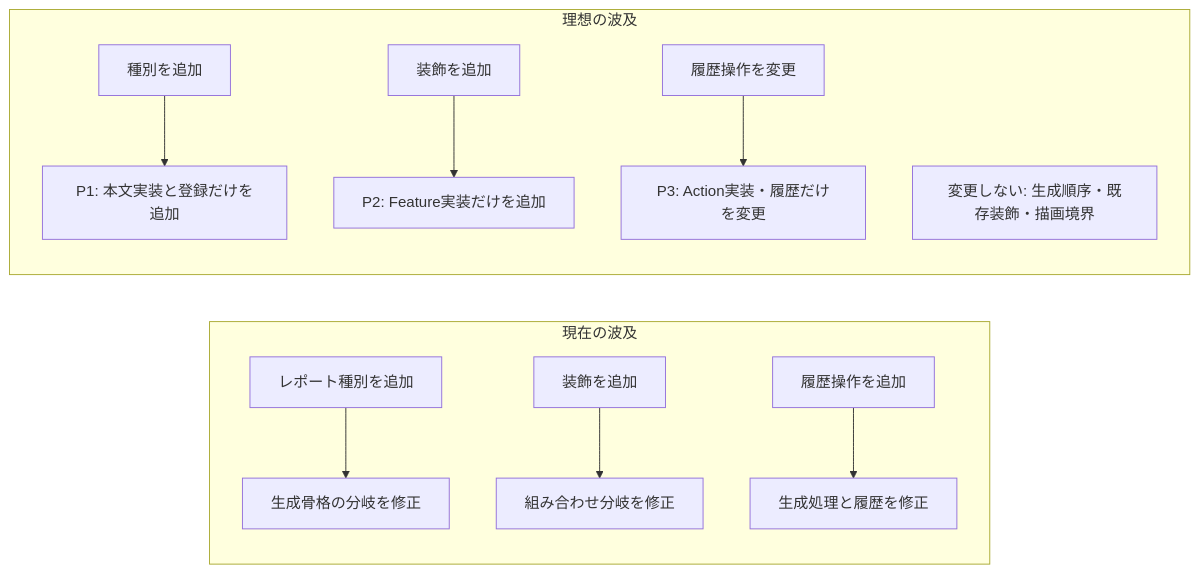
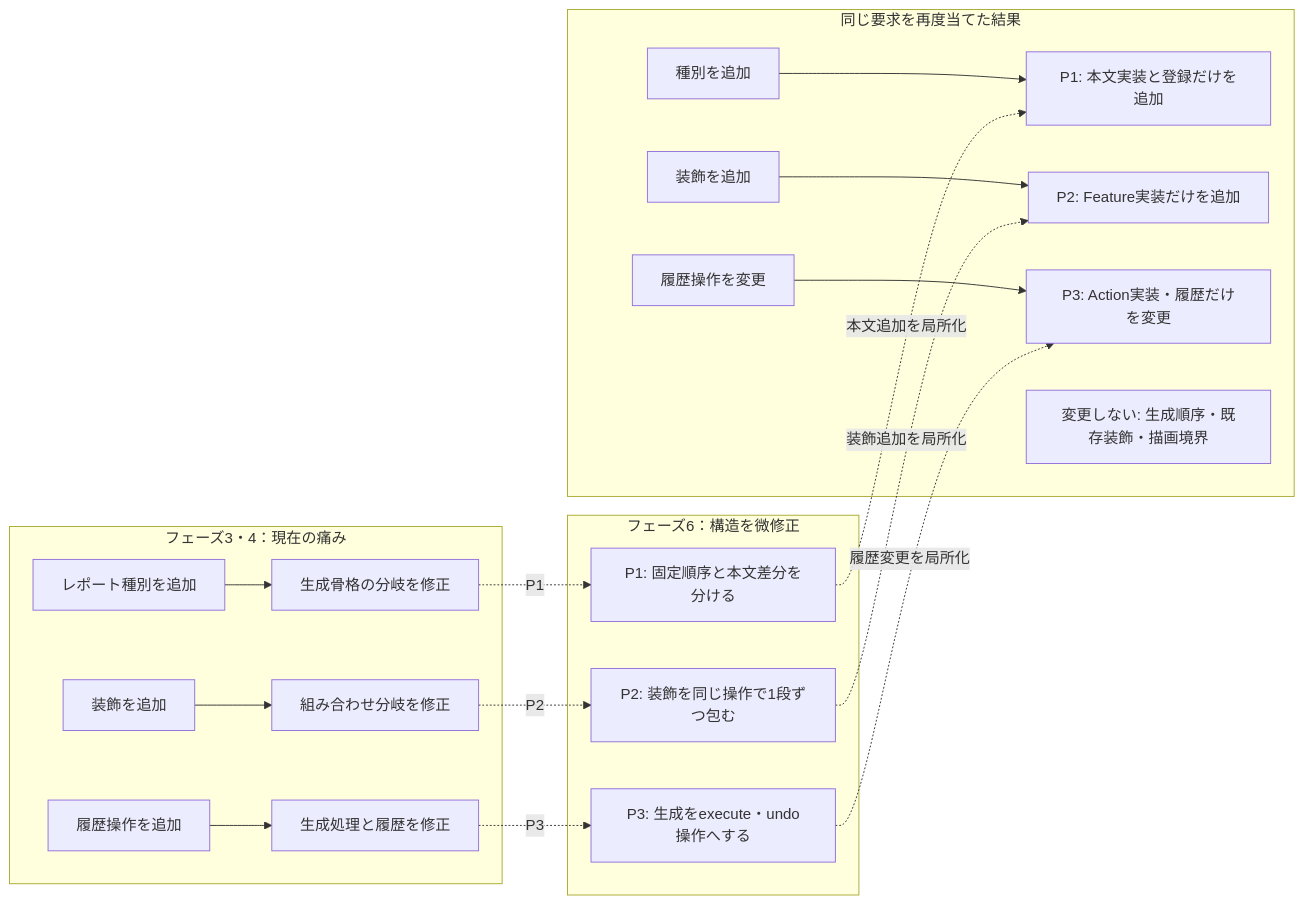
One commit to kumachan1101-pixel/DesignPattern changed the sixth of 14 diagrams in kindle/design-patterns/output/chapter11.md. Above: the diagram before and after it, drawn with Mermaid. The commit also changed other lines of this file and 22 other files, not shown here.

````diff
--- a/kindle/design-patterns/output/chapter11.md
+++ b/kindle/design-patterns/output/chapter11.md
@@ -865,14 +865,25 @@
 ```mermaid
 flowchart LR
-    subgraph Current["現在の波及"]
+    subgraph Pain["フェーズ3・4：現在の痛み"]
         CR1["レポート種別を追加"] --> C1["生成骨格の分岐を修正"]
         CR2["装飾を追加"] --> C2["組み合わせ分岐を修正"]
         CR3["履歴操作を追加"] --> C3["生成処理と履歴を修正"]
     end
-    subgraph Ideal["理想の波及"]
+    subgraph StructuralChange["フェーズ6：構造を微修正"]
+        S1["P1: 固定順序と本文差分を分ける"]
+        S2["P2: 装飾を同じ操作で1段ずつ包む"]
+        S3["P3: 生成をexecute・undo操作へする"]
+    end
+    subgraph Result["同じ要求を再度当てた結果"]
         IR1["種別を追加"] --> I1["P1: 本文実装と登録だけを追加"]
         IR2["装飾を追加"] --> I2["P2: Feature実装だけを追加"]
         IR3["履歴操作を変更"] --> I3["P3: Action実装・履歴だけを変更"]
         IS["変更しない: 生成順序・既存装飾・描画境界"]
     end
+    C1 -. "P1" .-> S1
+    S1 -. "本文追加を局所化" .-> I1
+    C2 -. "P2" .-> S2
+    S2 -. "装飾追加を局所化" .-> I2
+    C3 -. "P3" .-> S3
+    S3 -. "履歴変更を局所化" .-> I3
 ```
````
